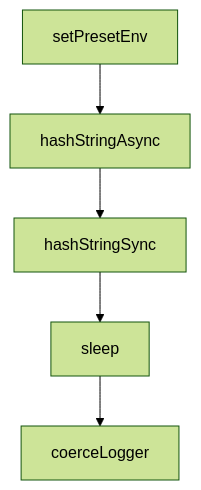
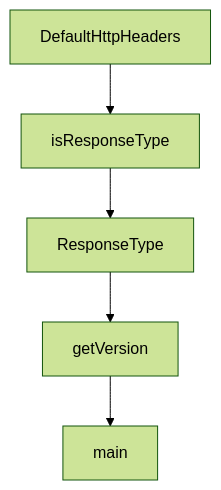
The diagram in tutorials/fireproof-tutorial/08-production-operations-security-and-debugging.md (johnxie/awesome-code-docs), drawn with Mermaid (forest theme) before and after one commit. The commit also changed other lines of this file and 1232 other files, not shown here.

````diff
--- a/tutorials/fireproof-tutorial/08-production-operations-security-and-debugging.md
+++ b/tutorials/fireproof-tutorial/08-production-operations-security-and-debugging.md
@@ -215,12 +203,12 @@
 ```mermaid
 flowchart TD
-    A[setPresetEnv]
-    B[hashStringAsync]
-    C[hashStringSync]
-    D[sleep]
-    E[coerceLogger]
+    A[DefaultHttpHeaders]
+    B[isResponseType]
+    C[ResponseType]
+    D[getVersion]
+    E[main]
     A --> B
     B --> C
     C --> D
     D --> E
 ```
````
